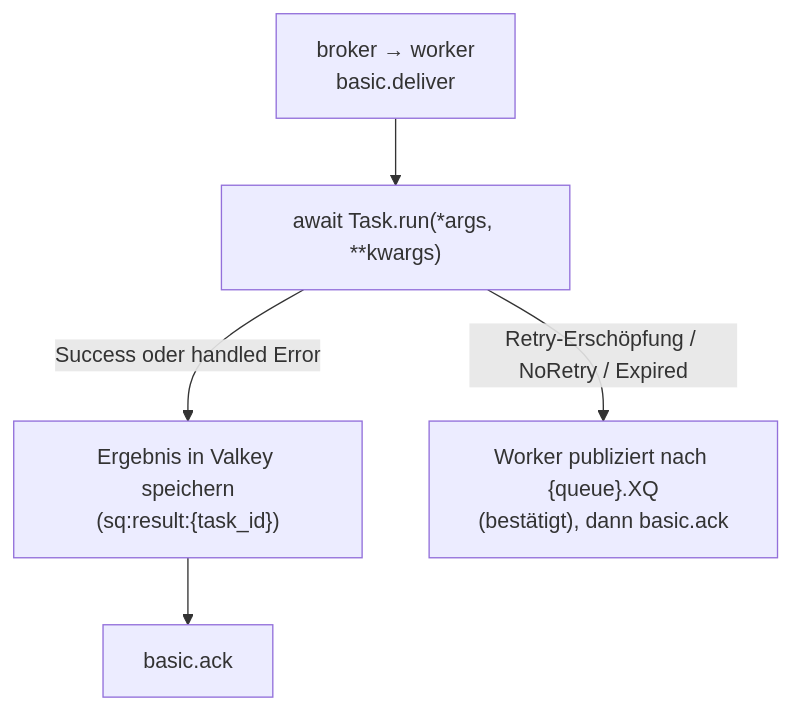
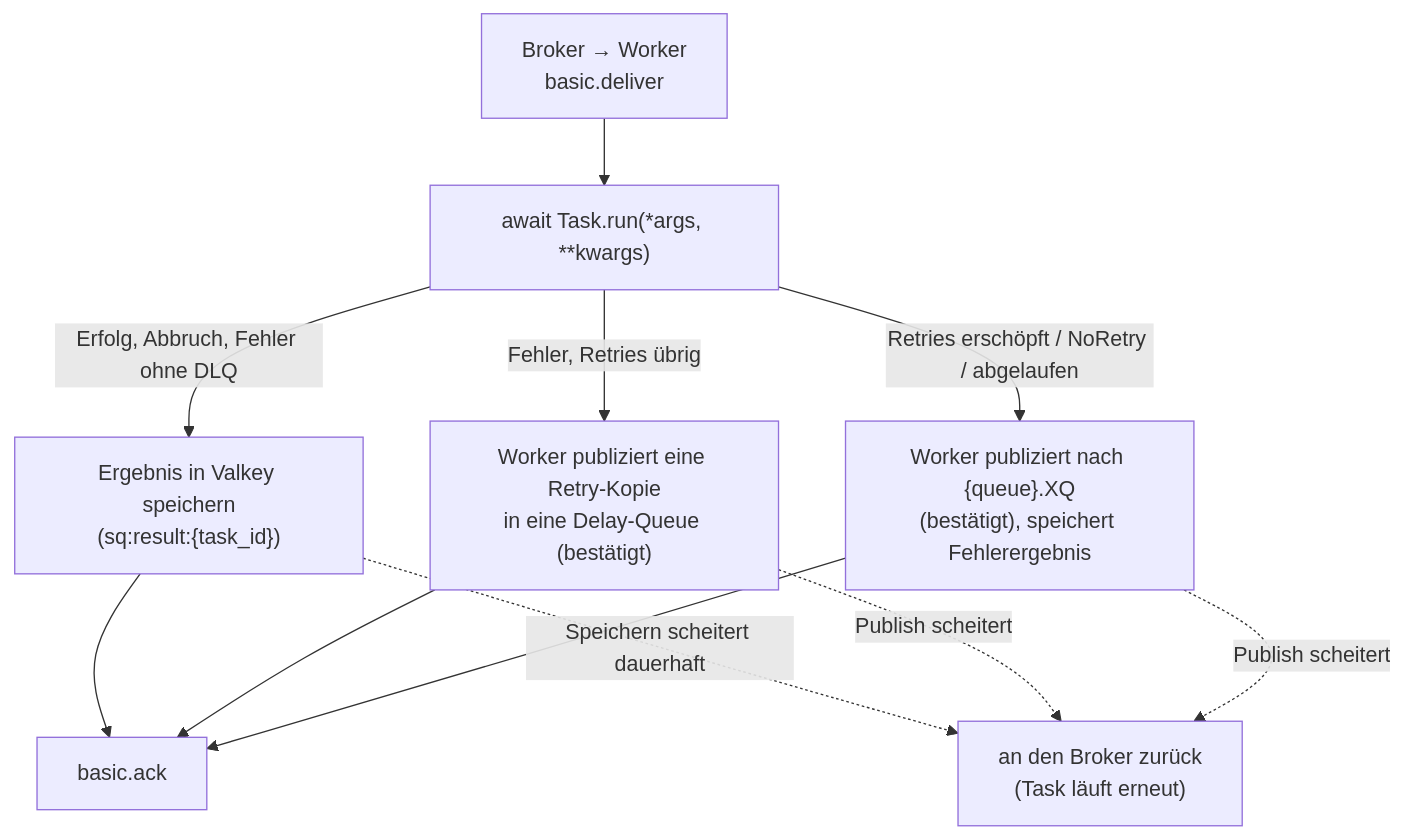
Before and after one commit to Schorschofwill/swarmq: the diagram in website/explanation/delivery-semantics.de.md, drawn with Mermaid. The commit also changed other lines of this file and 84 other files, not shown here.

````diff
--- a/website/explanation/delivery-semantics.de.md
+++ b/website/explanation/delivery-semantics.de.md
@@ -76,13 +76,21 @@
 ```mermaid
 flowchart TD
-    Deliver["broker → worker<br/>basic.deliver"]
+    Deliver["Broker → Worker<br/>basic.deliver"]
     Run["await Task.run(*args, **kwargs)"]
     Store["Ergebnis in Valkey speichern<br/>(sq:result:{task_id})"]
     Ack["basic.ack"]
-    DLQ["Worker publiziert nach {queue}.XQ<br/>(bestätigt), dann basic.ack"]
+    Retry["Worker publiziert eine Retry-Kopie<br/>in eine Delay-Queue (bestätigt)"]
+    DLQ["Worker publiziert nach {queue}.XQ<br/>(bestätigt), speichert Fehlerergebnis"]
+    Back["an den Broker zurück<br/>(Task läuft erneut)"]
 
     Deliver --> Run
-    Run -->|Success oder handled Error| Store
+    Run -->|Erfolg, Abbruch, Fehler ohne DLQ| Store
+    Run -->|Fehler, Retries übrig| Retry
+    Run -->|Retries erschöpft / NoRetry / abgelaufen| DLQ
     Store --> Ack
-    Run -->|Retry-Erschöpfung / NoRetry / Expired| DLQ
+    Retry --> Ack
+    DLQ --> Ack
+    Store -.->|Speichern scheitert dauerhaft| Back
+    Retry -.->|Publish scheitert| Back
+    DLQ -.->|Publish scheitert| Back
 ```
````
